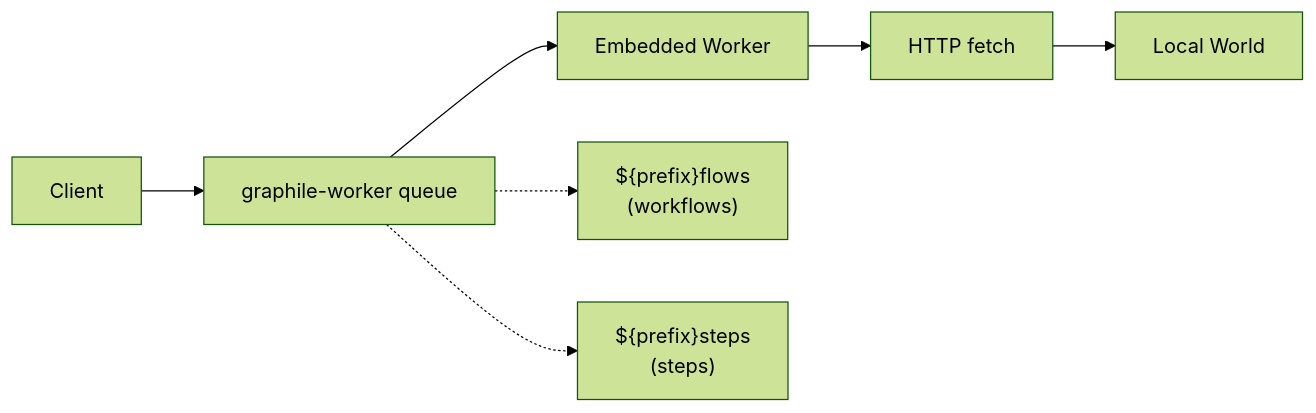
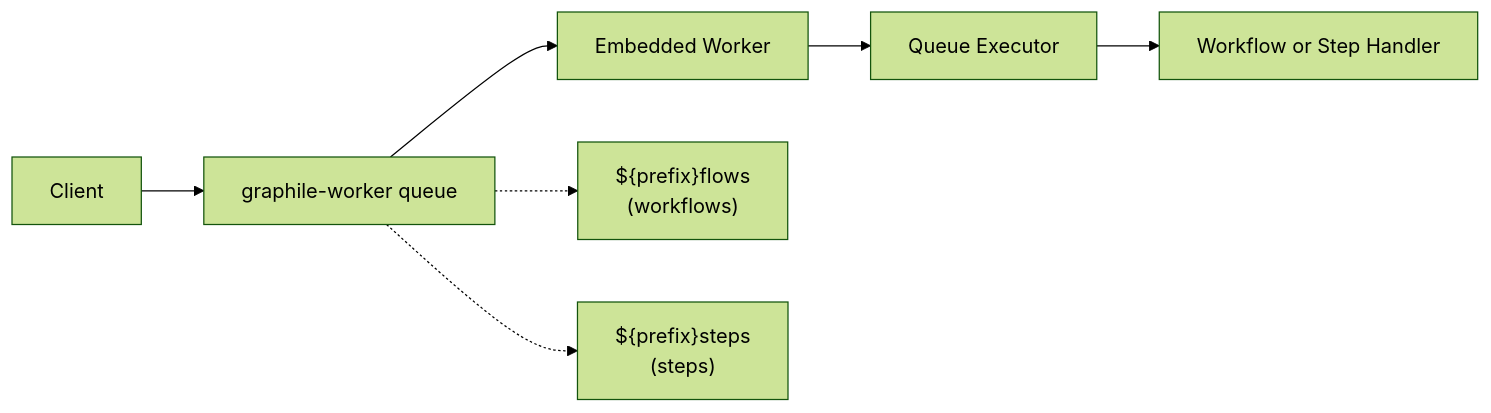
Before and after one commit to vercel/workflow: the diagram in packages/world-postgres/HOW_IT_WORKS.md, drawn with Mermaid (forest theme). The commit also changed other lines of this file and 4 other files, not shown here.

First line of the commit message:
feat(world-postgres): durably reschedule delayed queue work

````diff
--- a/packages/world-postgres/HOW_IT_WORKS.md
+++ b/packages/world-postgres/HOW_IT_WORKS.md
@@ -11,10 +11,10 @@
 ```mermaid
 graph LR
     Client --> PG[graphile-worker queue]
     PG --> Worker[Embedded Worker]
-    Worker --> HTTP[HTTP fetch]
-    HTTP --> EW[Local World]
+    Worker --> Exec[Queue Executor]
+    Exec --> Handler[Workflow or Step Handler]
 
     PG -.-> F["${prefix}flows<br/>(workflows)"]
     PG -.-> S["${prefix}steps<br/>(steps)"]
 ```
````
